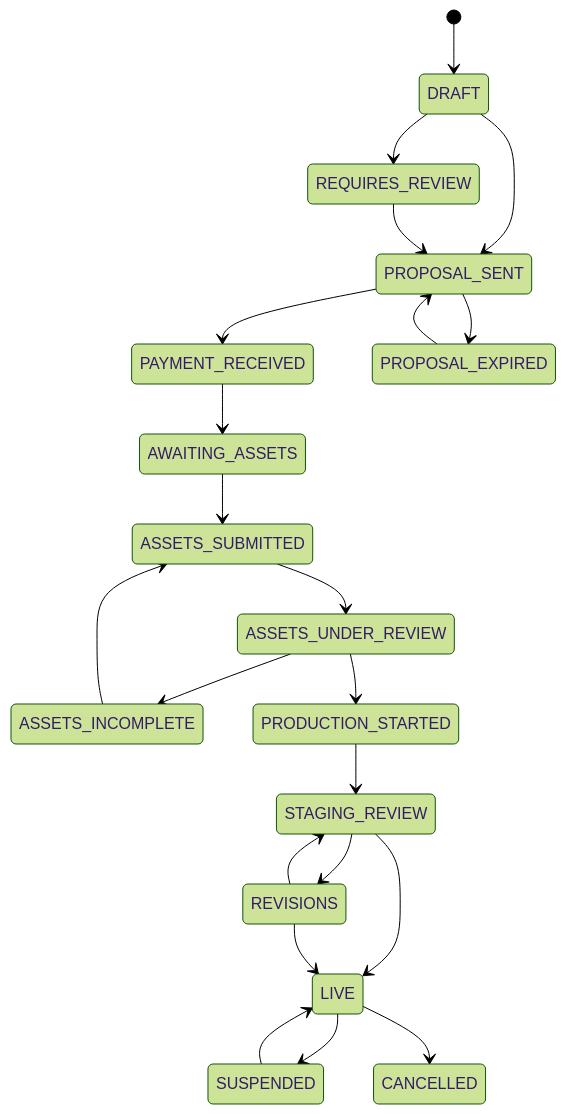
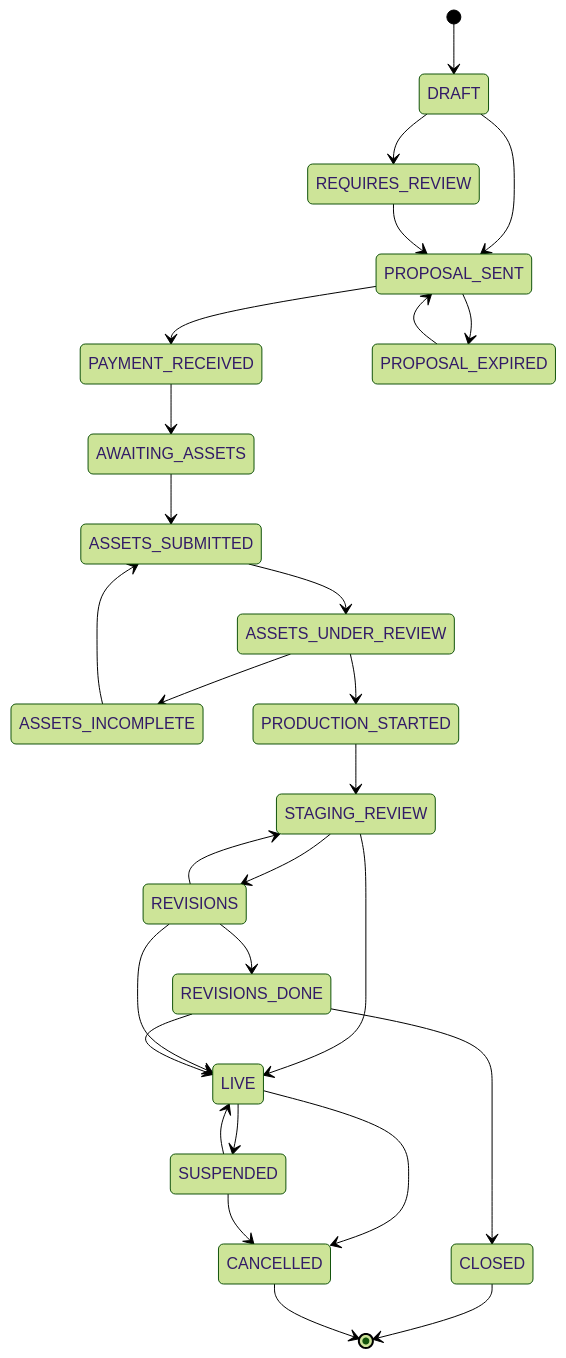
The second of 2 diagrams in README.md (XavierQuirico/waas-platform), drawn with Mermaid (forest theme) before and after one commit. The commit also changed other lines of this file and 4 other files, not shown here.

````diff
--- a/README.md
+++ b/README.md
@@ -64,24 +71,30 @@
 ```mermaid
 stateDiagram-v2
   [*] --> DRAFT
   DRAFT --> PROPOSAL_SENT
   DRAFT --> REQUIRES_REVIEW
   REQUIRES_REVIEW --> PROPOSAL_SENT
   PROPOSAL_SENT --> PAYMENT_RECEIVED
   PROPOSAL_SENT --> PROPOSAL_EXPIRED
   PROPOSAL_EXPIRED --> PROPOSAL_SENT
   PAYMENT_RECEIVED --> AWAITING_ASSETS
   AWAITING_ASSETS --> ASSETS_SUBMITTED
   ASSETS_SUBMITTED --> ASSETS_UNDER_REVIEW
   ASSETS_UNDER_REVIEW --> ASSETS_INCOMPLETE
   ASSETS_UNDER_REVIEW --> PRODUCTION_STARTED
   ASSETS_INCOMPLETE --> ASSETS_SUBMITTED
   PRODUCTION_STARTED --> STAGING_REVIEW
   STAGING_REVIEW --> REVISIONS
   STAGING_REVIEW --> LIVE
   REVISIONS --> STAGING_REVIEW
+  REVISIONS --> REVISIONS_DONE
   REVISIONS --> LIVE
+  REVISIONS_DONE --> LIVE
+  REVISIONS_DONE --> CLOSED
   LIVE --> SUSPENDED
   SUSPENDED --> LIVE
   LIVE --> CANCELLED
+  SUSPENDED --> CANCELLED
+  CLOSED --> [*]
+  CANCELLED --> [*]
 ```
````
